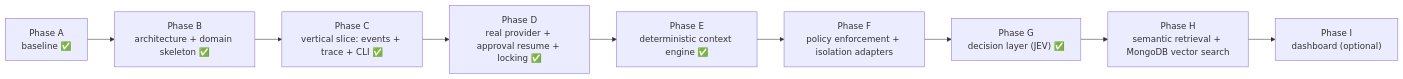
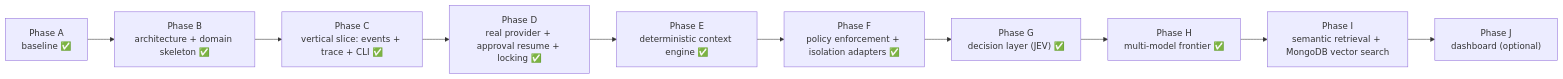
Diagram 12 of 14 in docs/architecture/V2-ARCHITECTURE.md (siavash-debug/ai-coding-base), drawn with Mermaid before and after one commit. The commit also changed other lines of this file and 92 other files, not shown here.

````diff
--- a/docs/architecture/V2-ARCHITECTURE.md
+++ b/docs/architecture/V2-ARCHITECTURE.md
@@ -1835,11 +1886,12 @@
 ```mermaid
 graph LR
   A["Phase A<br/>baseline ✅"] --> B["Phase B<br/>architecture + domain skeleton ✅"]
   B --> C["Phase C<br/>vertical slice: events + trace + CLI ✅"]
   C --> D["Phase D<br/>real provider + approval resume + locking ✅"]
   D --> E["Phase E<br/>deterministic context engine ✅"]
-  E --> F["Phase F<br/>policy enforcement + isolation adapters"]
+  E --> F["Phase F<br/>policy enforcement + isolation adapters ✅"]
   F --> G["Phase G<br/>decision layer (JEV) ✅"]
-  G --> H["Phase H<br/>semantic retrieval + MongoDB vector search"]
-  H --> I["Phase I<br/>dashboard (optional)"]
+  G --> H["Phase H<br/>multi-model frontier ✅"]
+  H --> I["Phase I<br/>semantic retrieval + MongoDB vector search"]
+  I --> J["Phase J<br/>dashboard (optional)"]
 ```
````
